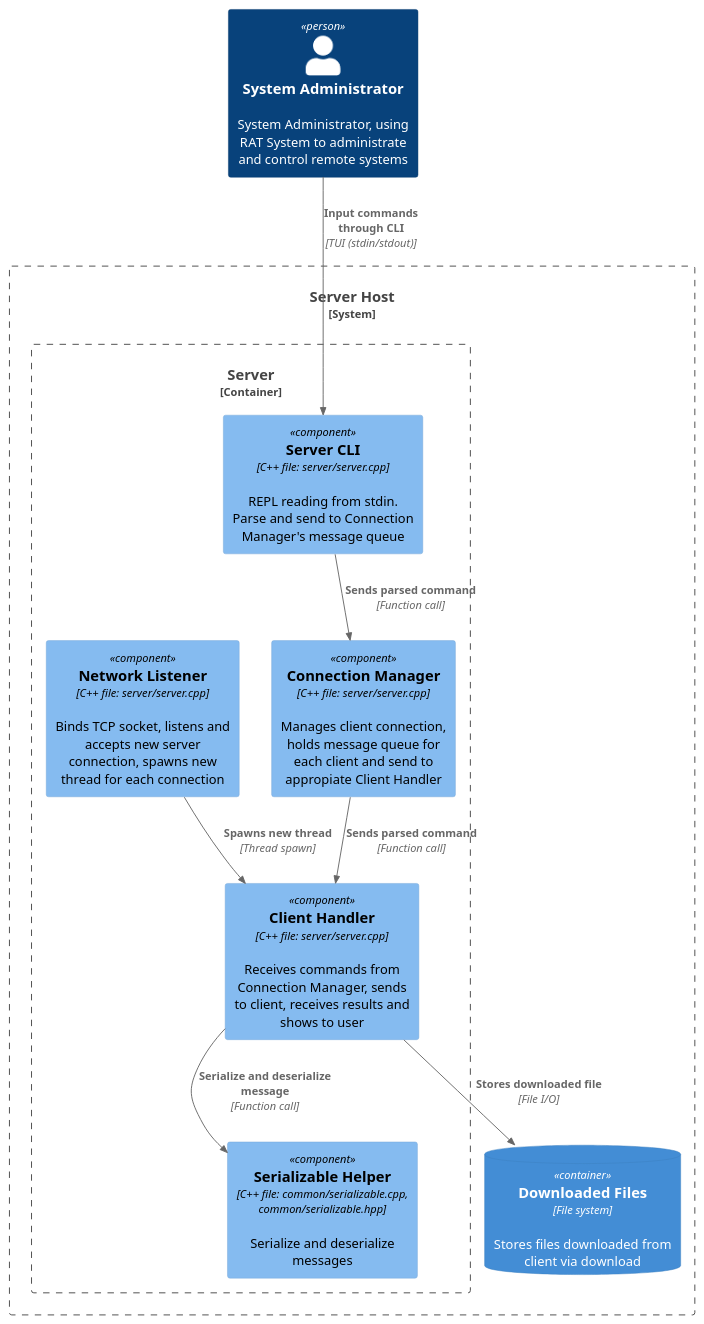
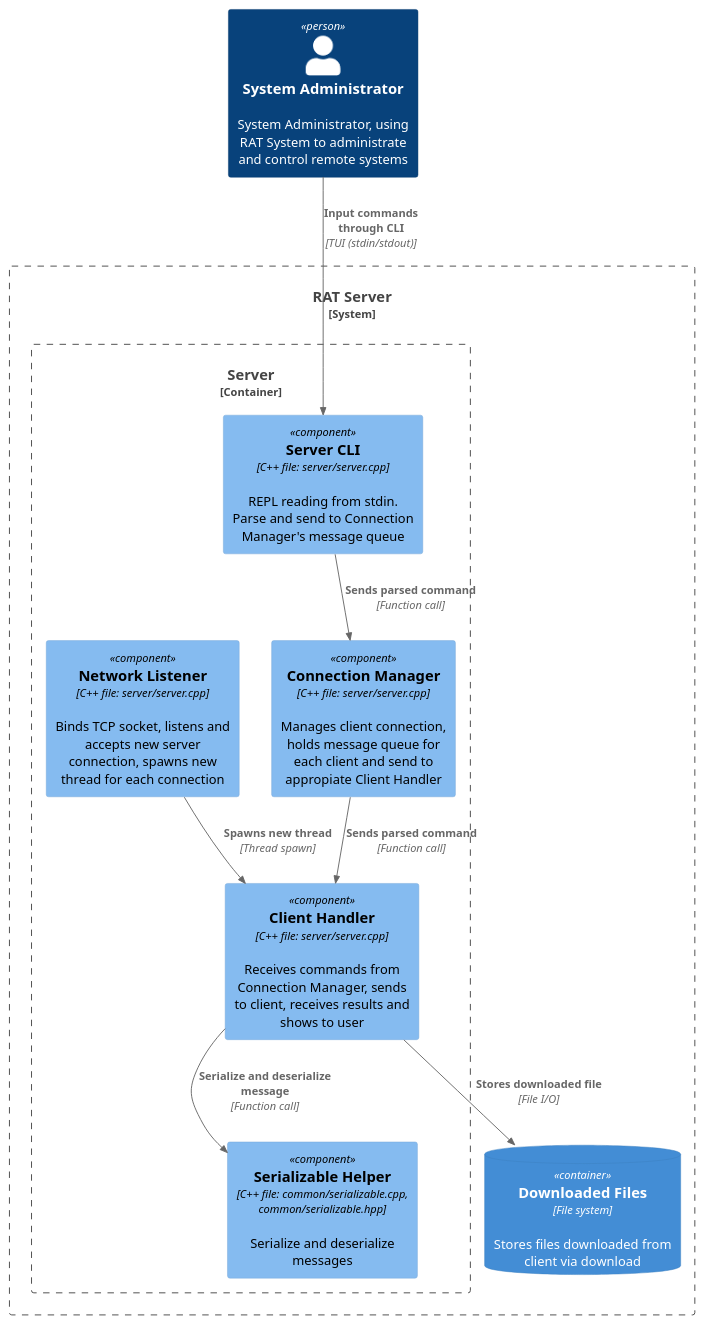
One commit to quanmcvn/remote-access-tool changed the diagram in res/model/c4_l3_s.puml. Above: the diagram before and after it, drawn with PlantUML. The commit also changed 20 other files, not shown here.

```diff
--- a/res/model/c4_l3_s.puml
+++ b/res/model/c4_l3_s.puml
@@ -1,25 +1,25 @@
-@startuml context
+@startuml component_server
 
 !include <C4/C4_Component>
 
 Person(admin, "System Administrator", "System Administrator, using RAT System to administrate and control remote systems")
 
-System_Boundary(server_system, "Server Host") {
+System_Boundary(server_system, "RAT Server") {
 	Container_Boundary(server, "Server") {
 		Component(server_cli, "Server CLI", "C++ file: server/server.cpp", "REPL reading from stdin. Parse and send to Connection Manager's message queue")
 		Component(server_connection_manager, "Connection Manager", "C++ file: server/server.cpp", "Manages client connection, holds message queue for each client and send to appropiate Client Handler")
 		Component(server_network_listener, "Network Listener", "C++ file: server/server.cpp", "Binds TCP socket, listens and accepts new server connection, spawns new thread for each connection")
 		Component(server_client_handling_thread, "Client Handler", "C++ file: server/server.cpp", "Receives commands from Connection Manager, sends to client, receives results and shows to user")
 		Component(common_serializable, "Serializable Helper", "C++ file: common/serializable.cpp, common/serializable.hpp", "Serialize and deserialize messages")
 	}
 	ContainerDb(server_download, "Downloaded Files", "File system", "Stores files downloaded from client via download")
 }
 
 Rel(admin, server_cli, "Input commands through CLI", "TUI (stdin/stdout)")
 Rel(server_cli, server_connection_manager, "Sends parsed command", "Function call")
 Rel(server_network_listener, server_client_handling_thread, "Spawns new thread", "Thread spawn")
 Rel(server_connection_manager, server_client_handling_thread, "Sends parsed command", "Function call")
 Rel(server_client_handling_thread, common_serializable, "Serialize and deserialize message", "Function call")
 Rel(server_client_handling_thread, server_download, "Stores downloaded file", "File I/O")
 
 @enduml
```
